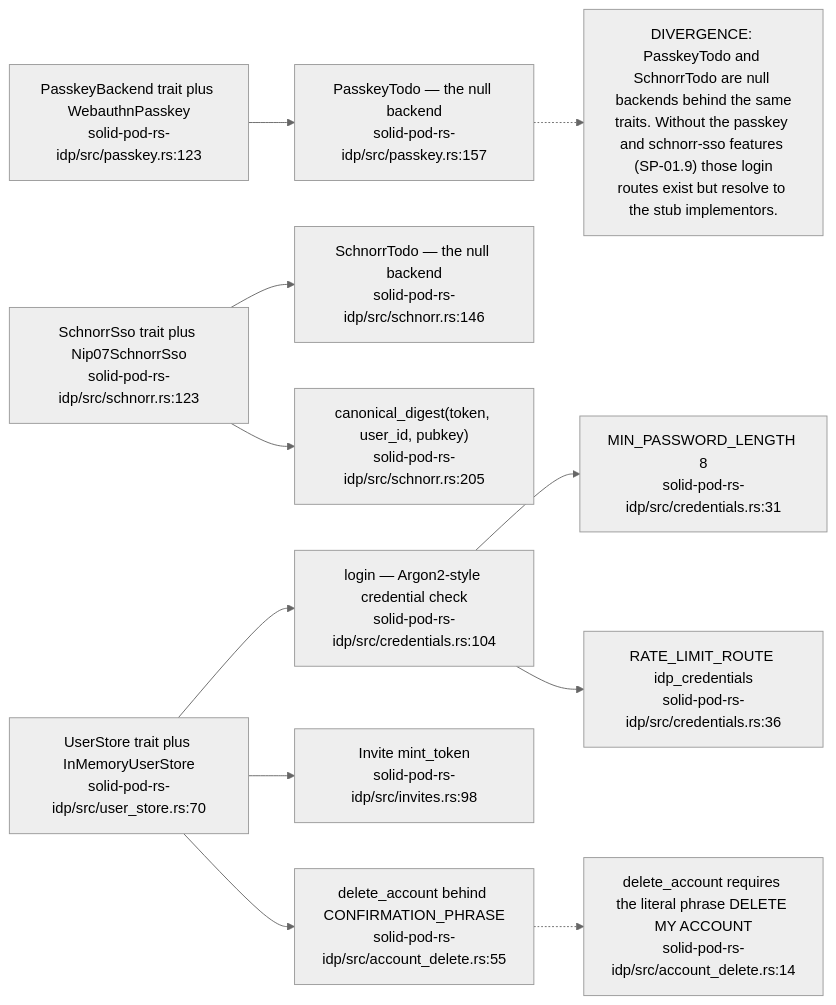
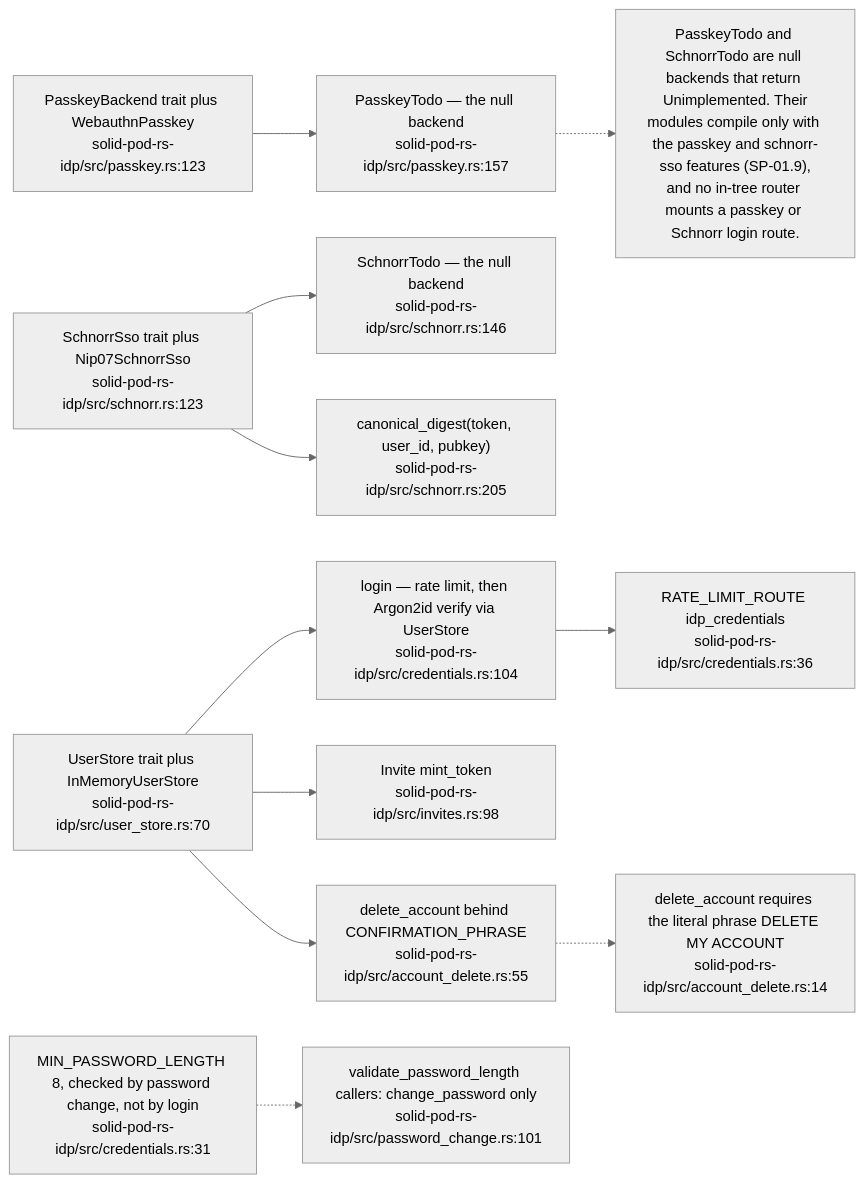
One commit to DreamLab-AI/VisionFlow changed diagram 15 of 18 in docs/diagrams/solid-pod-rs/05-identity-nip98-did-oidc.md. Above: the diagram before and after it, drawn with Mermaid (neutral theme). The commit also changed other lines of this file and 47 other files, not shown here.

````diff
--- a/docs/diagrams/solid-pod-rs/05-identity-nip98-did-oidc.md
+++ b/docs/diagrams/solid-pod-rs/05-identity-nip98-did-oidc.md
@@ -436,28 +470,28 @@
 ```mermaid
 flowchart LR
-    PWD["login — Argon2-style credential check<br/>solid-pod-rs-idp/src/credentials.rs:104"]
-    MINLEN["MIN_PASSWORD_LENGTH 8<br/>solid-pod-rs-idp/src/credentials.rs:31"]
+    PWD["login — rate limit, then Argon2id verify via UserStore<br/>solid-pod-rs-idp/src/credentials.rs:104"]
+    MINLEN["MIN_PASSWORD_LENGTH 8, checked by password change, not by login<br/>solid-pod-rs-idp/src/credentials.rs:31"]
     RL["RATE_LIMIT_ROUTE idp_credentials<br/>solid-pod-rs-idp/src/credentials.rs:36"]
     PK["PasskeyBackend trait plus WebauthnPasskey<br/>solid-pod-rs-idp/src/passkey.rs:123"]
     TODO["PasskeyTodo — the null backend<br/>solid-pod-rs-idp/src/passkey.rs:157"]
     SCH["SchnorrSso trait plus Nip07SchnorrSso<br/>solid-pod-rs-idp/src/schnorr.rs:123"]
     STODO["SchnorrTodo — the null backend<br/>solid-pod-rs-idp/src/schnorr.rs:146"]
     DIG["canonical_digest(token, user_id, pubkey)<br/>solid-pod-rs-idp/src/schnorr.rs:205"]
     US["UserStore trait plus InMemoryUserStore<br/>solid-pod-rs-idp/src/user_store.rs:70"]
     INV["Invite mint_token<br/>solid-pod-rs-idp/src/invites.rs:98"]
     DEL["delete_account behind CONFIRMATION_PHRASE<br/>solid-pod-rs-idp/src/account_delete.rs:55"]
 
-    PWD --> MINLEN
+    MINLEN -.-> PWC["validate_password_length callers: change_password only<br/>solid-pod-rs-idp/src/password_change.rs:101"]
     PWD --> RL
     PK --> TODO
     SCH --> STODO
     SCH --> DIG
     US --> PWD
     US --> INV
     US --> DEL
 
-    N["DIVERGENCE: PasskeyTodo and SchnorrTodo are null backends behind the same<br/>traits. Without the passkey and schnorr-sso features (SP-01.9) those login<br/>routes exist but resolve to the stub implementors."]
+    N["PasskeyTodo and SchnorrTodo are null backends that return Unimplemented. Their<br/>modules compile only with the passkey and schnorr-sso features (SP-01.9),<br/>and no in-tree router mounts a passkey or Schnorr login route."]
     TODO -.-> N
     N2["delete_account requires the literal phrase DELETE MY ACCOUNT<br/>solid-pod-rs-idp/src/account_delete.rs:14"]
     DEL -.-> N2
 ```
````
